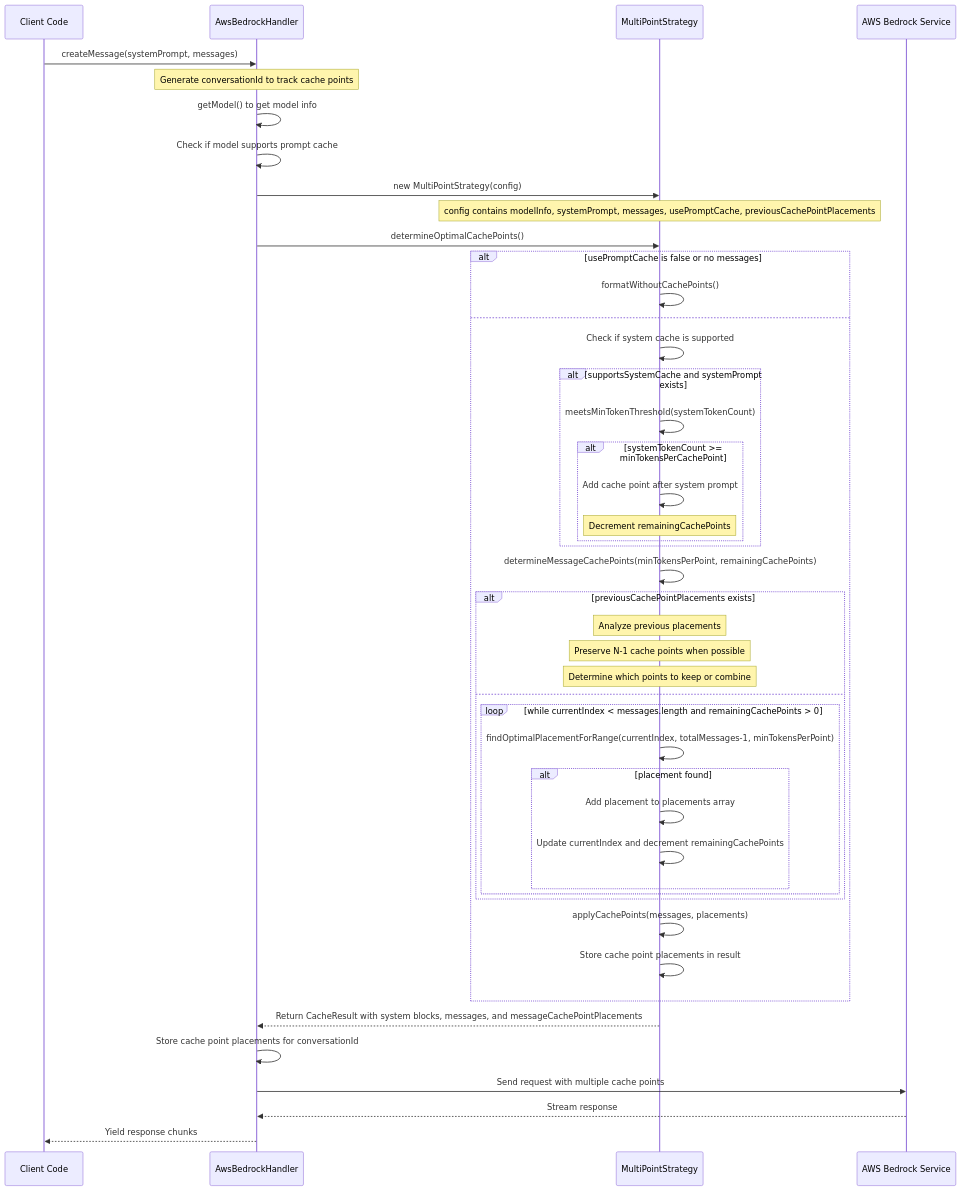
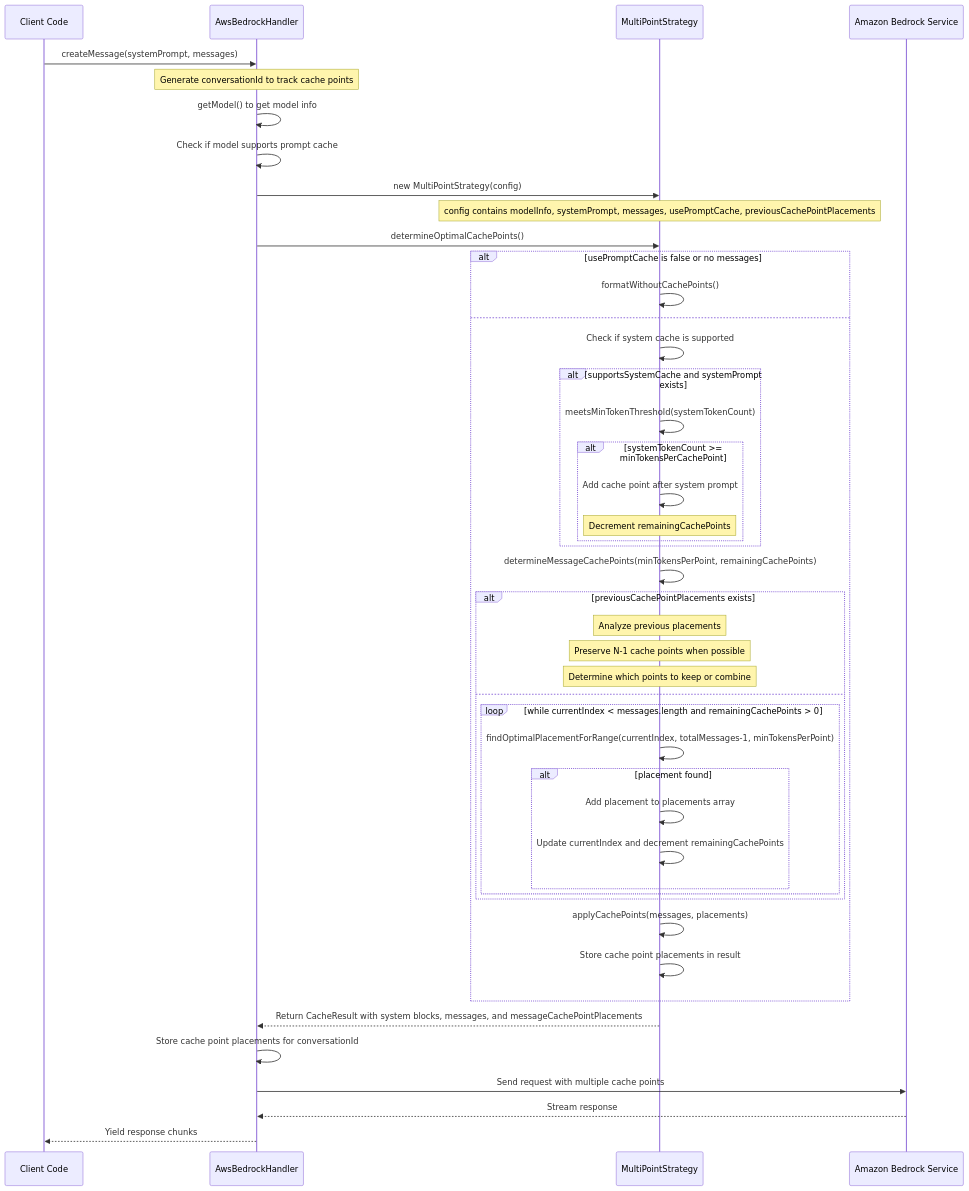
Before and after one commit to willy3087/Roo-Code: the second of 2 diagrams in cline_docs/bedrock/bedrock-cache-strategy-documentation.md, drawn with Mermaid. The commit also changed other lines of this file and 24 other files, not shown here.

First line of the commit message:
Modification of AWS Bedrock to Amazon Bedrock (#2473)

````diff
--- a/cline_docs/bedrock/bedrock-cache-strategy-documentation.md
+++ b/cline_docs/bedrock/bedrock-cache-strategy-documentation.md
@@ -87,54 +87,54 @@
 ```mermaid
 sequenceDiagram
     participant Client as Client Code
     participant Bedrock as AwsBedrockHandler
     participant Strategy as MultiPointStrategy
-    participant AWS as AWS Bedrock Service
+    participant AWS as Amazon Bedrock Service
 
     Client->>Bedrock: createMessage(systemPrompt, messages)
     Note over Bedrock: Generate conversationId to track cache points
     Bedrock->>Bedrock: getModel() to get model info
     Bedrock->>Bedrock: Check if model supports prompt cache
 
     Bedrock->>Strategy: new MultiPointStrategy(config)
     Note over Strategy: config contains modelInfo, systemPrompt, messages, usePromptCache, previousCachePointPlacements
 
     Bedrock->>Strategy: determineOptimalCachePoints()
 
     alt usePromptCache is false or no messages
         Strategy->>Strategy: formatWithoutCachePoints()
     else
         Strategy->>Strategy: Check if system cache is supported
         alt supportsSystemCache and systemPrompt exists
             Strategy->>Strategy: meetsMinTokenThreshold(systemTokenCount)
             alt systemTokenCount >= minTokensPerCachePoint
                 Strategy->>Strategy: Add cache point after system prompt
                 Note over Strategy: Decrement remainingCachePoints
             end
         end
 
         Strategy->>Strategy: determineMessageCachePoints(minTokensPerPoint, remainingCachePoints)
         alt previousCachePointPlacements exists
             Note over Strategy: Analyze previous placements
             Note over Strategy: Preserve N-1 cache points when possible
             Note over Strategy: Determine which points to keep or combine
         else
             loop while currentIndex < messages.length and remainingCachePoints > 0
                 Strategy->>Strategy: findOptimalPlacementForRange(currentIndex, totalMessages-1, minTokensPerPoint)
                 alt placement found
                     Strategy->>Strategy: Add placement to placements array
                     Strategy->>Strategy: Update currentIndex and decrement remainingCachePoints
                 end
             end
         end
         Strategy->>Strategy: applyCachePoints(messages, placements)
         Strategy->>Strategy: Store cache point placements in result
     end
 
     Strategy-->>Bedrock: Return CacheResult with system blocks, messages, and messageCachePointPlacements
 
     Bedrock->>Bedrock: Store cache point placements for conversationId
     Bedrock->>AWS: Send request with multiple cache points
     AWS-->>Bedrock: Stream response
     Bedrock-->>Client: Yield response chunks
 ```
````
